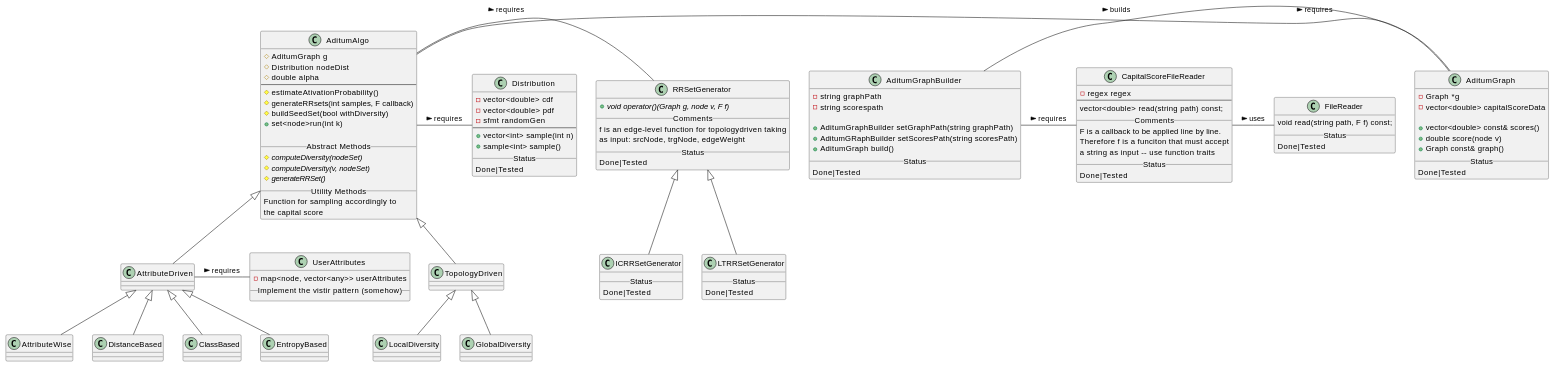
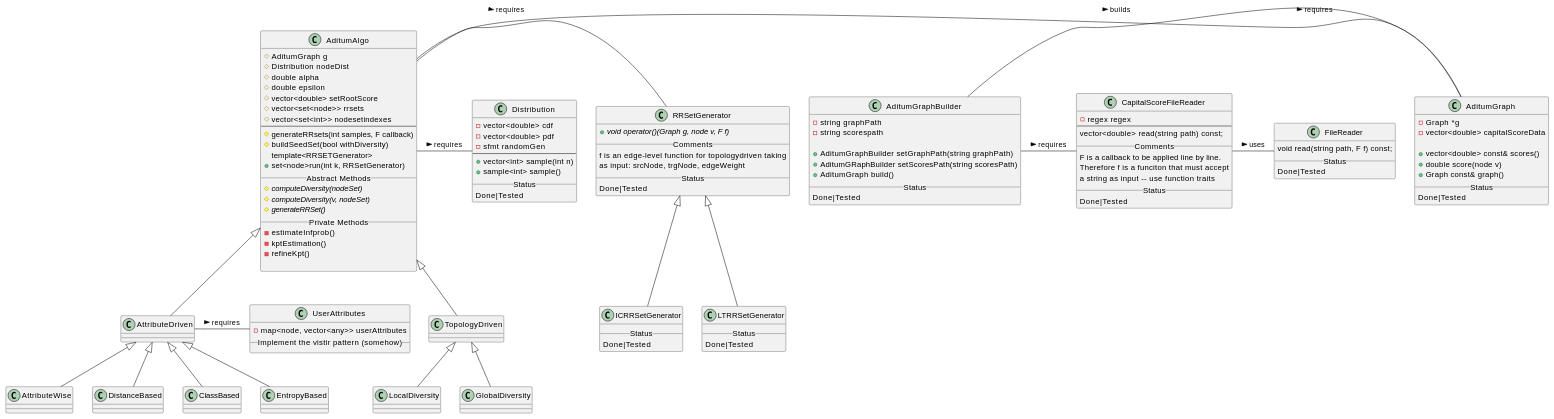
The first of 2 diagrams in diagrams/architecture.org (real-zct/Conformity), drawn with PlantUML before and after one commit. The commit also changed other lines of this file and 10 other files, not shown here.

```diff
--- a/diagrams/architecture.org
+++ b/diagrams/architecture.org
@@ -6,19 +6,24 @@
 #AditumGraph g
 #Distribution nodeDist
 #double alpha
+#double epsilon
+#vector<double> setRootScore
+#vector<set<node>> rrsets
+#vector<set<int>> nodesetindexes
 --
-#estimateAtivationProbability()
 #generateRRsets(int samples, F callback)
 #buildSeedSet(bool withDiversity)
-+set<node>run(int k)
-
+template<RRSETGenerator>
++set<node>run(int k, RRSetGenerator)
 __Abstract Methods__
 #{abstract} computeDiversity(nodeSet)
 #{abstract} computeDiversity(v, nodeSet) 
 #{abstract} generateRRSet()
-__Utility Methods__
-Function for sampling accordingly to
-the capital score
+__Private Methods__
+- estimateInfprob() 
+- kptEstimation()
+- refineKpt()
+
 }
 
 class Distribution {
```
